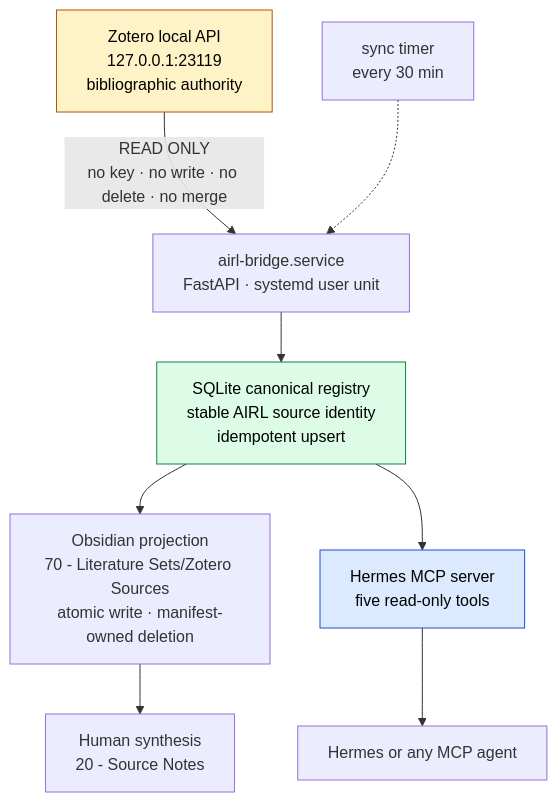
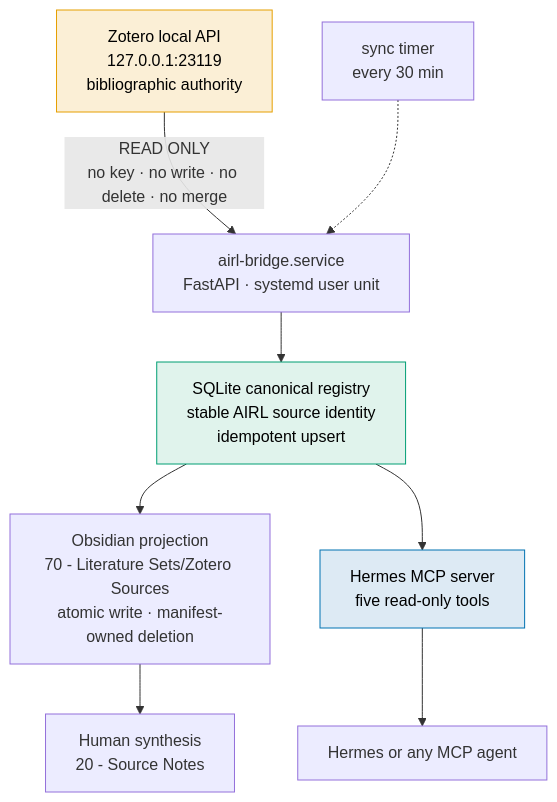
Before and after one commit to furkanhanilci/AETHRION: diagram 15 of 16 in README.md, drawn with Mermaid. The commit also changed other lines of this file and 32 other files, not shown here.

````diff
--- a/README.md
+++ b/README.md
@@ -614,14 +689,14 @@
 ```mermaid
 flowchart TD
     Z["Zotero local API<br/>127.0.0.1:23119<br/>bibliographic authority"]
     Z -->|"READ ONLY<br/>no key · no write · no delete · no merge"| SV["airl-bridge.service<br/>FastAPI · systemd user unit"]
     SV --> DB["SQLite canonical registry<br/>stable AIRL source identity<br/>idempotent upsert"]
     DB --> OB["Obsidian projection<br/>70 - Literature Sets/Zotero Sources<br/>atomic write · manifest-owned deletion"]
     DB --> MCP["Hermes MCP server<br/>five read-only tools"]
     T["sync timer<br/>every 30 min"] -.-> SV
     MCP --> AG["Hermes or any MCP agent"]
     OB --> HU["Human synthesis<br/>20 - Source Notes"]
-    style Z fill:#fef3c7,stroke:#b45309,color:#000
-    style DB fill:#dcfce7,stroke:#15803d,color:#000
-    style MCP fill:#dbeafe,stroke:#1d4ed8,color:#000
+    style Z fill:#FBEFD6,stroke:#E69F00,color:#000
+    style DB fill:#E0F3EC,stroke:#009E73,color:#000
+    style MCP fill:#DDEAF4,stroke:#0072B2,color:#000
 ```
````
